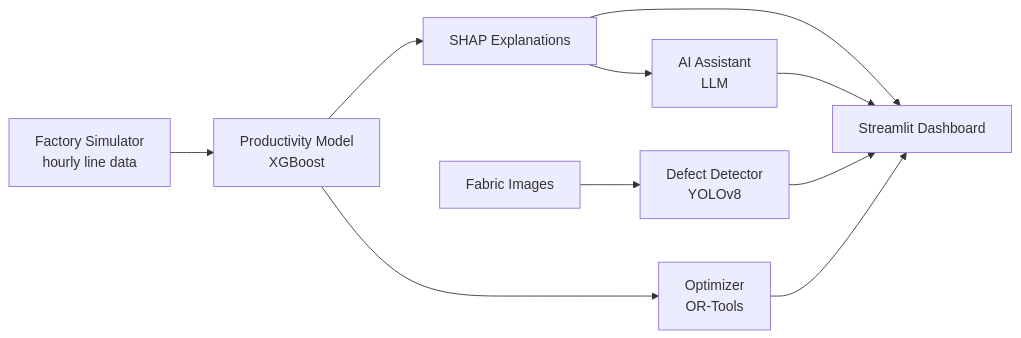
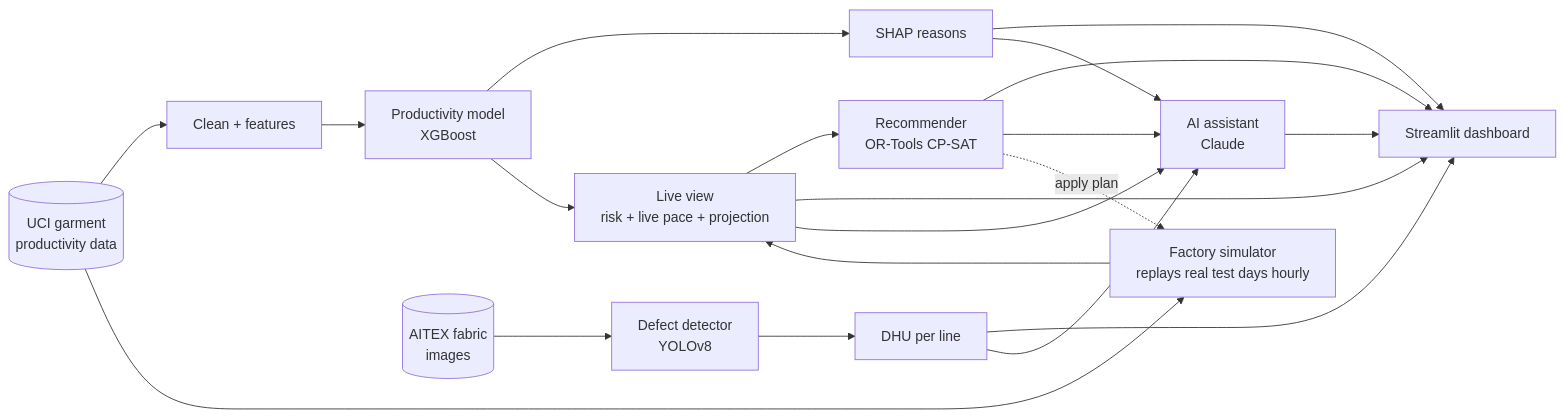
One commit to M-Rathnayake/LoomIQ-Garment-Factory-Intelligence-Platform changed the diagram in README.md. Above: the diagram before and after it, drawn with Mermaid. The commit also changed other lines of this file and 36 other files, not shown here.

````diff
--- a/README.md
+++ b/README.md
@@ -39,12 +40,22 @@
 ```mermaid
 flowchart LR
-    A[Factory Simulator<br/>hourly line data] --> B[Productivity Model<br/>XGBoost]
-    B --> C[SHAP Explanations]
-    B --> D[Optimizer<br/>OR-Tools]
-    E[Fabric Images] --> F[Defect Detector<br/>YOLOv8]
-    C --> G[Streamlit Dashboard]
-    D --> G
-    F --> G
-    C --> H[AI Assistant<br/>LLM]
-    H --> G
+    U[(UCI garment<br/>productivity data)] --> P[Clean + features]
+    P --> M[Productivity model<br/>XGBoost]
+    M --> S[SHAP reasons]
+    U --> SIM[Factory simulator<br/>replays real test days hourly]
+    SIM --> LV[Live view<br/>risk + live pace + projection]
+    M --> LV
+    LV --> R[Recommender<br/>OR-Tools CP-SAT]
+    A[(AITEX fabric<br/>images)] --> D[Defect detector<br/>YOLOv8]
+    D --> Q[DHU per line]
+    LV --> DB[Streamlit dashboard]
+    S --> DB
+    R --> DB
+    Q --> DB
+    LV --> AI[AI assistant<br/>Claude]
+    S --> AI
+    R --> AI
+    Q --> AI
+    AI --> DB
+    R -. apply plan .-> SIM
 ```
````
